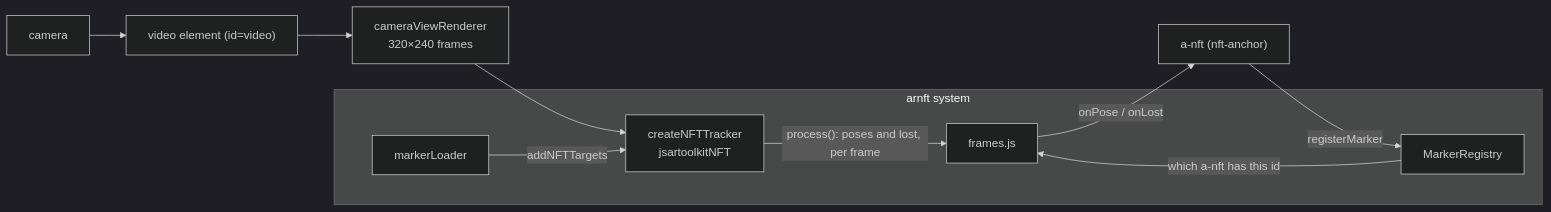
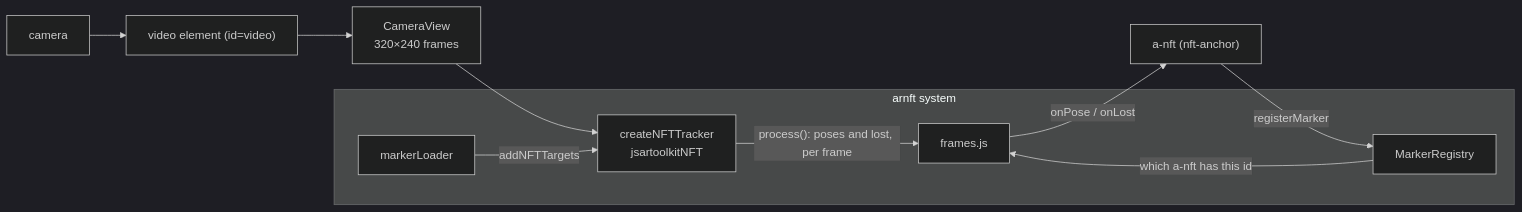
Before and after one commit to webarkit/Aframe-nft: the diagram in README.md, drawn with Mermaid (dark theme). The commit also changed other lines of this file and 2 other files, not shown here.

Commit message:
docs: update for camera-view

````diff
--- a/README.md
+++ b/README.md
@@ -329,17 +335,17 @@
 ```mermaid
 flowchart LR
     CAM["camera"] --> VIDEO["video element (id=video)"]
-    VIDEO --> CVR["cameraViewRenderer<br/>320×240 frames"]
+    VIDEO --> CVR["CameraView<br/>320×240 frames"]
     CVR --> TRK["createNFTTracker<br/>jsartoolkitNFT"]
     subgraph SYS ["arnft system"]
         TRK
         REG["MarkerRegistry"]
         LOAD["markerLoader"]
         FR["frames.js"]
     end
     NFT["a-nft (nft-anchor)"] -- registerMarker --> REG
     LOAD -- addNFTTargets --> TRK
     TRK -- "process(): poses and lost, per frame" --> FR
     REG -- "which a-nft has this id" --> FR
     FR -- "onPose / onLost" --> NFT
 ```
````
